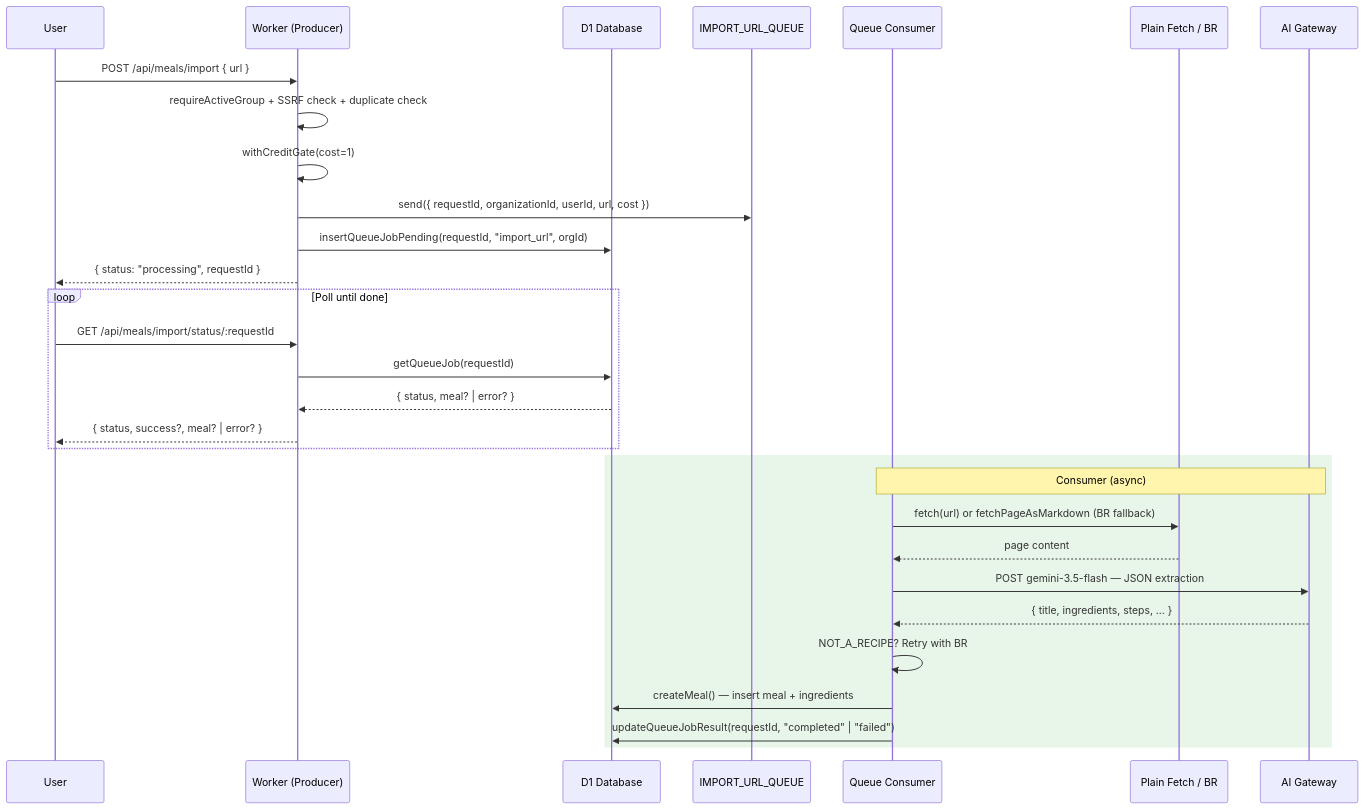
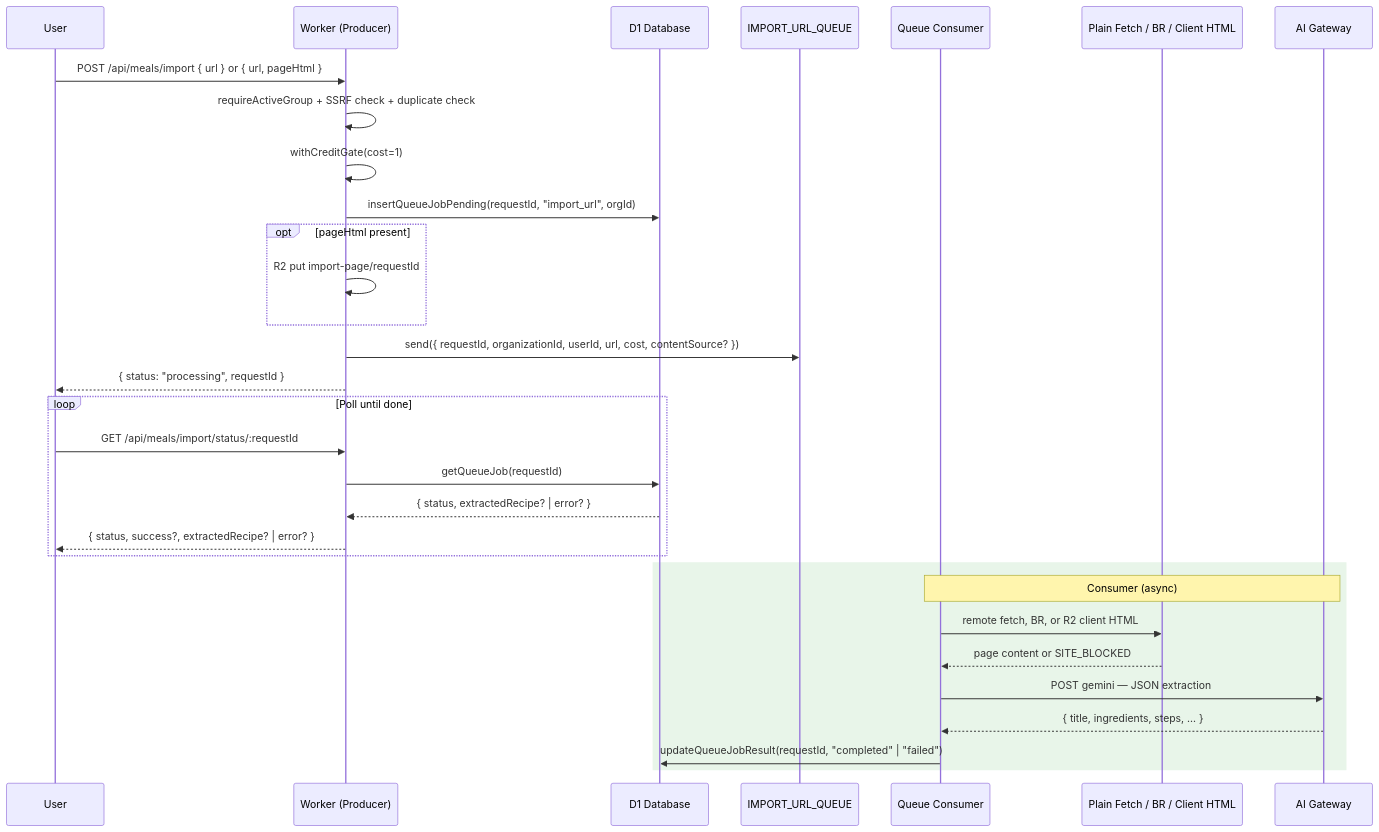
Diagram 14 of 24 in README.md (bjamesdowning/ration-mirror), drawn with Mermaid before and after one commit. The commit also changed other lines of this file and 20 other files, not shown here.

First line of the commit message:
fix: restore recipe URL import behind bot walls via client-assisted HTML

````diff
--- a/README.md
+++ b/README.md
@@ -623,35 +630,36 @@
 ```mermaid
 sequenceDiagram
     participant User as User
     participant Worker as Worker (Producer)
     participant D1 as D1 Database
     participant Queue as IMPORT_URL_QUEUE
     participant Consumer as Queue Consumer
-    participant Fetch as Plain Fetch / BR
+    participant Fetch as Plain Fetch / BR / Client HTML
     participant AIGateway as AI Gateway
 
-    User->>Worker: POST /api/meals/import { url }
+    User->>Worker: POST /api/meals/import { url } or { url, pageHtml }
     Worker->>Worker: requireActiveGroup + SSRF check + duplicate check
     Worker->>Worker: withCreditGate(cost=1)
-    Worker->>Queue: send({ requestId, organizationId, userId, url, cost })
     Worker->>D1: insertQueueJobPending(requestId, "import_url", orgId)
+    opt pageHtml present
+        Worker->>Worker: R2 put import-page/requestId
+    end
+    Worker->>Queue: send({ requestId, organizationId, userId, url, cost, contentSource? })
     Worker-->>User: { status: "processing", requestId }
 
     loop Poll until done
         User->>Worker: GET /api/meals/import/status/:requestId
         Worker->>D1: getQueueJob(requestId)
-        D1-->>Worker: { status, meal? | error? }
-        Worker-->>User: { status, success?, meal? | error? }
+        D1-->>Worker: { status, extractedRecipe? | error? }
+        Worker-->>User: { status, success?, extractedRecipe? | error? }
     end
 
     rect rgb(232, 245, 233)
         Note over Consumer,AIGateway: Consumer (async)
-        Consumer->>Fetch: fetch(url) or fetchPageAsMarkdown (BR fallback)
-        Fetch-->>Consumer: page content
-        Consumer->>AIGateway: POST gemini-3.5-flash — JSON extraction
+        Consumer->>Fetch: remote fetch, BR, or R2 client HTML
+        Fetch-->>Consumer: page content or SITE_BLOCKED
+        Consumer->>AIGateway: POST gemini — JSON extraction
         AIGateway-->>Consumer: { title, ingredients, steps, ... }
-        Consumer->>Consumer: NOT_A_RECIPE? Retry with BR
-        Consumer->>D1: createMeal() — insert meal + ingredients
         Consumer->>D1: updateQueueJobResult(requestId, "completed" | "failed")
     end
 ```
````
